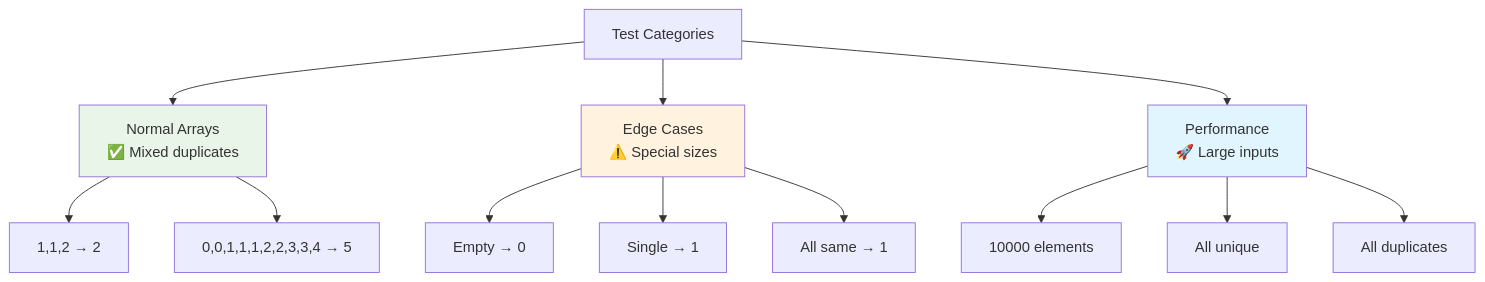
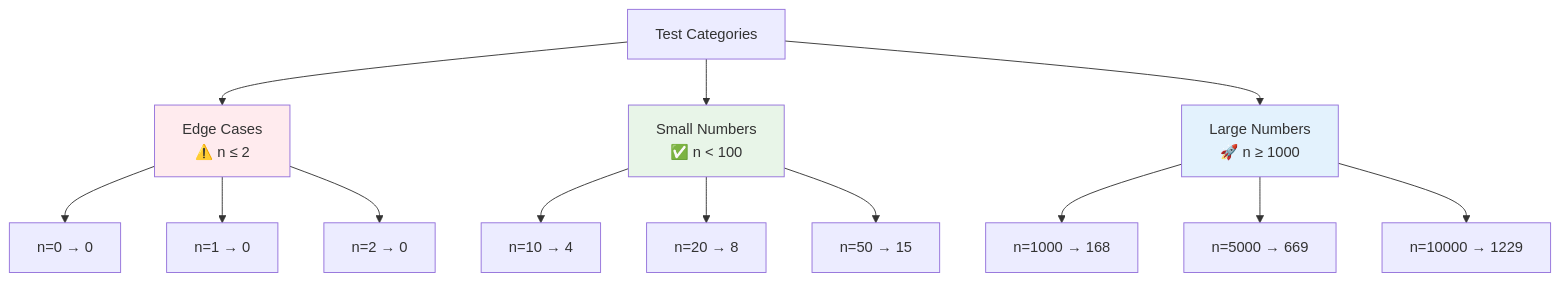
One commit to LuckyLongre123/README_RUNNER changed the ninth of 13 diagrams in README.md. Above: the diagram before and after it, drawn with Mermaid. The commit also changed other lines of this file, not shown here.

````diff
--- a/README.md
+++ b/README.md
@@ -295,21 +270,22 @@
 ```mermaid
 flowchart TD
-    A["Test Categories"] --> B["Normal Arrays<br/>✅ Mixed duplicates"]
-    A --> C["Edge Cases<br/>⚠️ Special sizes"]
-    A --> D["Performance<br/>🚀 Large inputs"]
+    A[Test Categories] --> B[Edge Cases<br/>⚠️ n ≤ 2]
+    A --> C[Small Numbers<br/>✅ n < 100]
+    A --> D[Large Numbers<br/>🚀 n ≥ 1000]
     
-    B --> B1["1,1,2 → 2"]
-    B --> B2["0,0,1,1,1,2,2,3,3,4 → 5"]
+    B --> B1[n=0 → 0]
+    B --> B2[n=1 → 0]
+    B --> B3[n=2 → 0]
     
-    C --> C1["Empty → 0"]
-    C --> C2["Single → 1"]
-    C --> C3["All same → 1"]
+    C --> C1[n=10 → 4]
+    C --> C2[n=20 → 8]
+    C --> C3[n=50 → 15]
     
-    D --> D1["10000 elements"]
-    D --> D2["All unique"]
-    D --> D3["All duplicates"]
+    D --> D1[n=1000 → 168]
+    D --> D2[n=5000 → 669]
+    D --> D3[n=10000 → 1229]
     
-    style B fill:#e8f5e8
-    style C fill:#fff3e0
-    style D fill:#e1f5fe
+    style B fill:#ffebee
+    style C fill:#e8f5e8
+    style D fill:#e3f2fd
 ```
````
